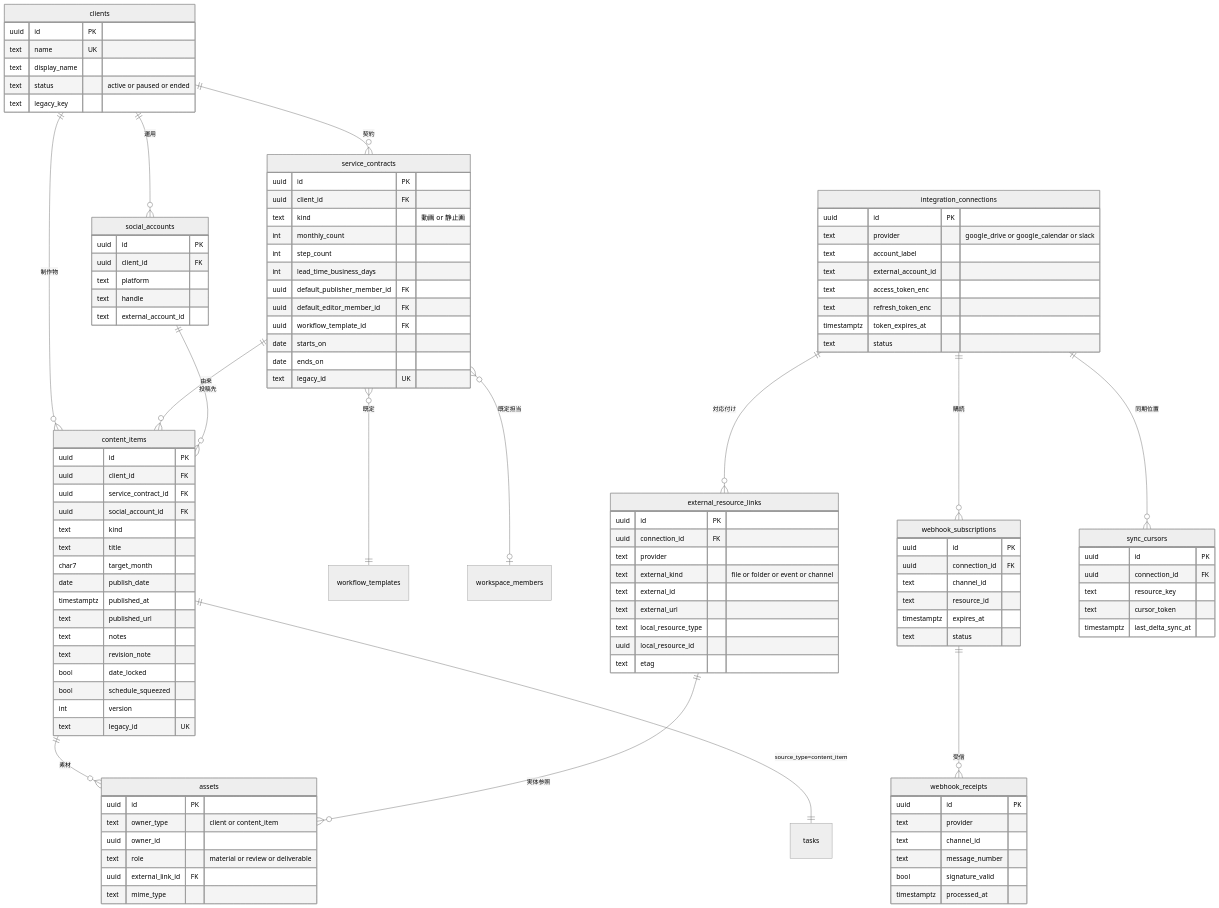
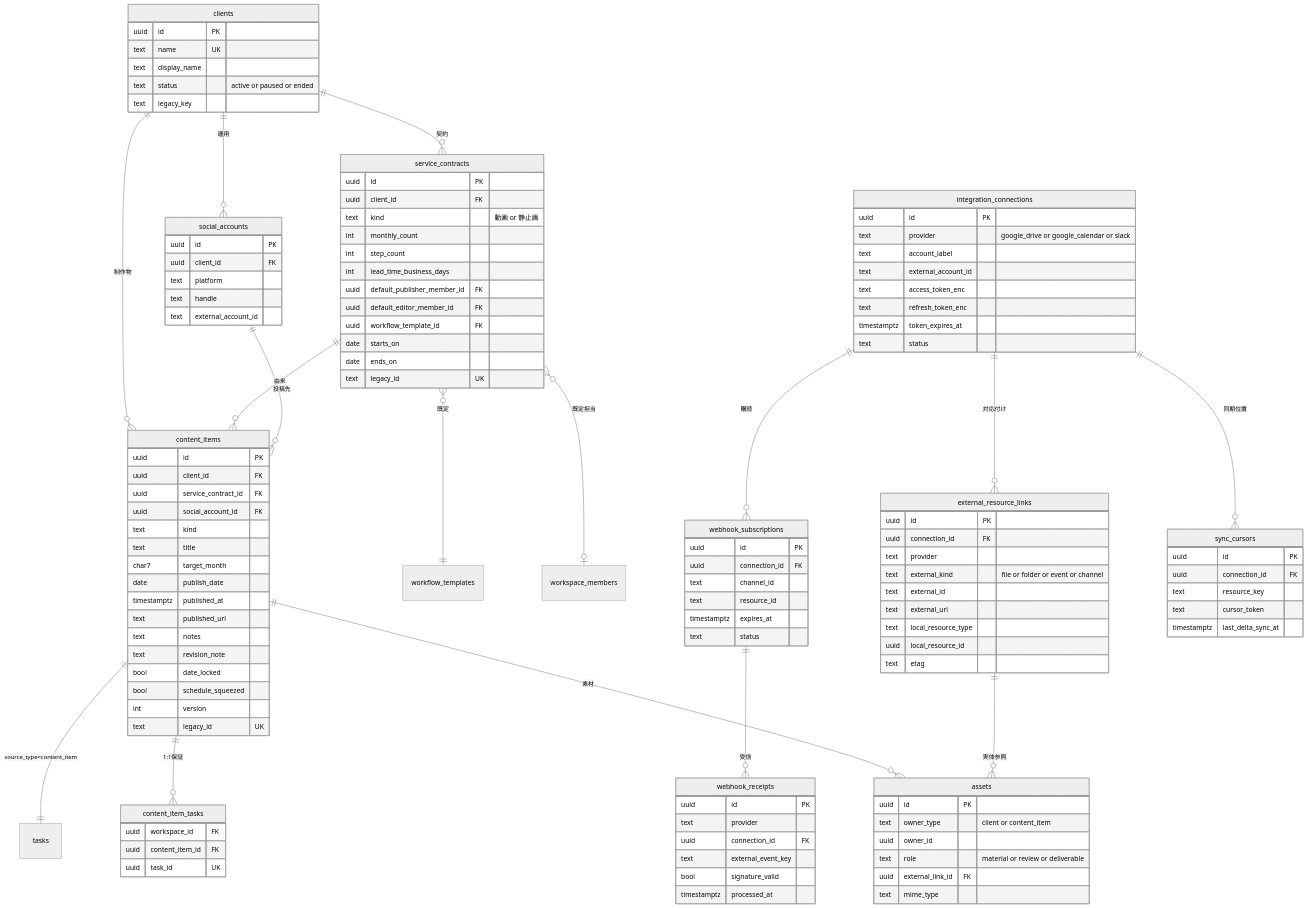
Before and after one commit to Natsumi-ML/video-works-dashboard: the third of 3 diagrams in SOCIAL_BASE_SYSTEM_DESIGN.md, drawn with Mermaid (neutral theme). The commit also changed other lines of this file and 3 other files, not shown here.

```diff
--- a/SOCIAL_BASE_SYSTEM_DESIGN.md
+++ b/SOCIAL_BASE_SYSTEM_DESIGN.md
@@ -903,6 +997,7 @@
     service_contracts ||--o{ content_items : "由来"
     social_accounts ||--o{ content_items : "投稿先"
     content_items ||--o{ assets : "素材"
+    content_items ||--o{ content_item_tasks : "1:1保証"
     content_items ||--|| tasks : "source_type=content_item"
     service_contracts }o--|| workflow_templates : "既定"
     service_contracts }o--o| workspace_members : "既定担当"
@@ -959,6 +1054,11 @@
         int version
         text legacy_id UK
     }
+    content_item_tasks {
+        uuid workspace_id FK
+        uuid content_item_id FK
+        uuid task_id UK
+    }
     assets {
         uuid id PK
         text owner_type "client or content_item"
@@ -999,8 +1099,8 @@
     webhook_receipts {
         uuid id PK
         text provider
-        text channel_id
-        text message_number
+        uuid connection_id FK
+        text external_event_key
         bool signature_valid
         timestamptz processed_at
     }
```
